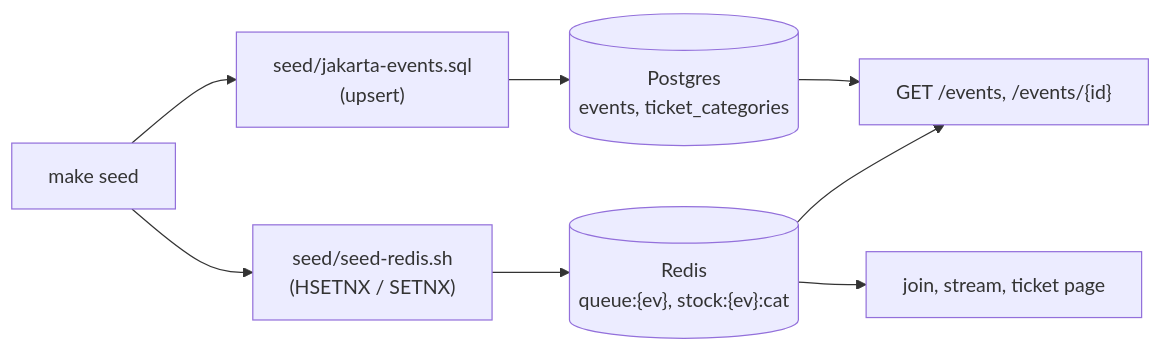
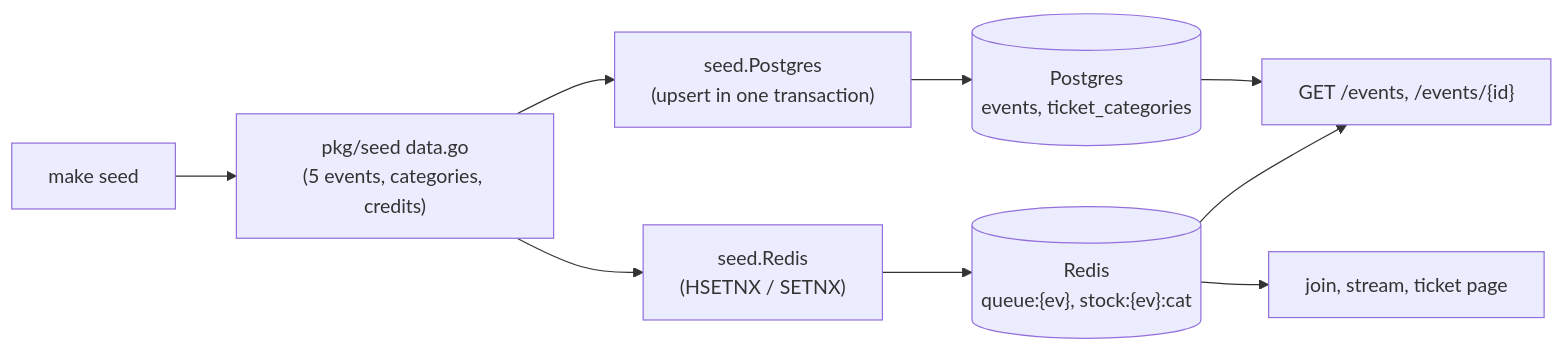
Before and after one commit to PTServerJanganTumbang-BookingTicket/be-rusuh-war-ticketing: the diagram in docs/seed-data.md, drawn with Mermaid. The commit also changed other lines of this file and 39 other files, not shown here.

````diff
--- a/docs/seed-data.md
+++ b/docs/seed-data.md
@@ -28,10 +28,11 @@
 ```mermaid
 flowchart LR
-    SQL["seed/jakarta-events.sql<br/>(upsert)"] --> PG[(Postgres<br/>events, ticket_categories)]
-    SH["seed/seed-redis.sh<br/>(HSETNX / SETNX)"] --> R[("Redis<br/>queue:{ev}, stock:{ev}:cat")]
-    MK["make seed"] --> SQL
-    MK --> SH
+    D["pkg/seed data.go<br/>(5 events, categories, credits)"] --> PGF["seed.Postgres<br/>(upsert in one transaction)"]
+    D --> RF["seed.Redis<br/>(HSETNX / SETNX)"]
+    PGF --> PG[(Postgres<br/>events, ticket_categories)]
+    RF --> R[("Redis<br/>queue:{ev}, stock:{ev}:cat")]
+    MK["make seed"] --> D
     PG --> L["GET /events, /events/{id}"]
     R --> L
     R --> Q["join, stream, ticket page"]
 ```
````
